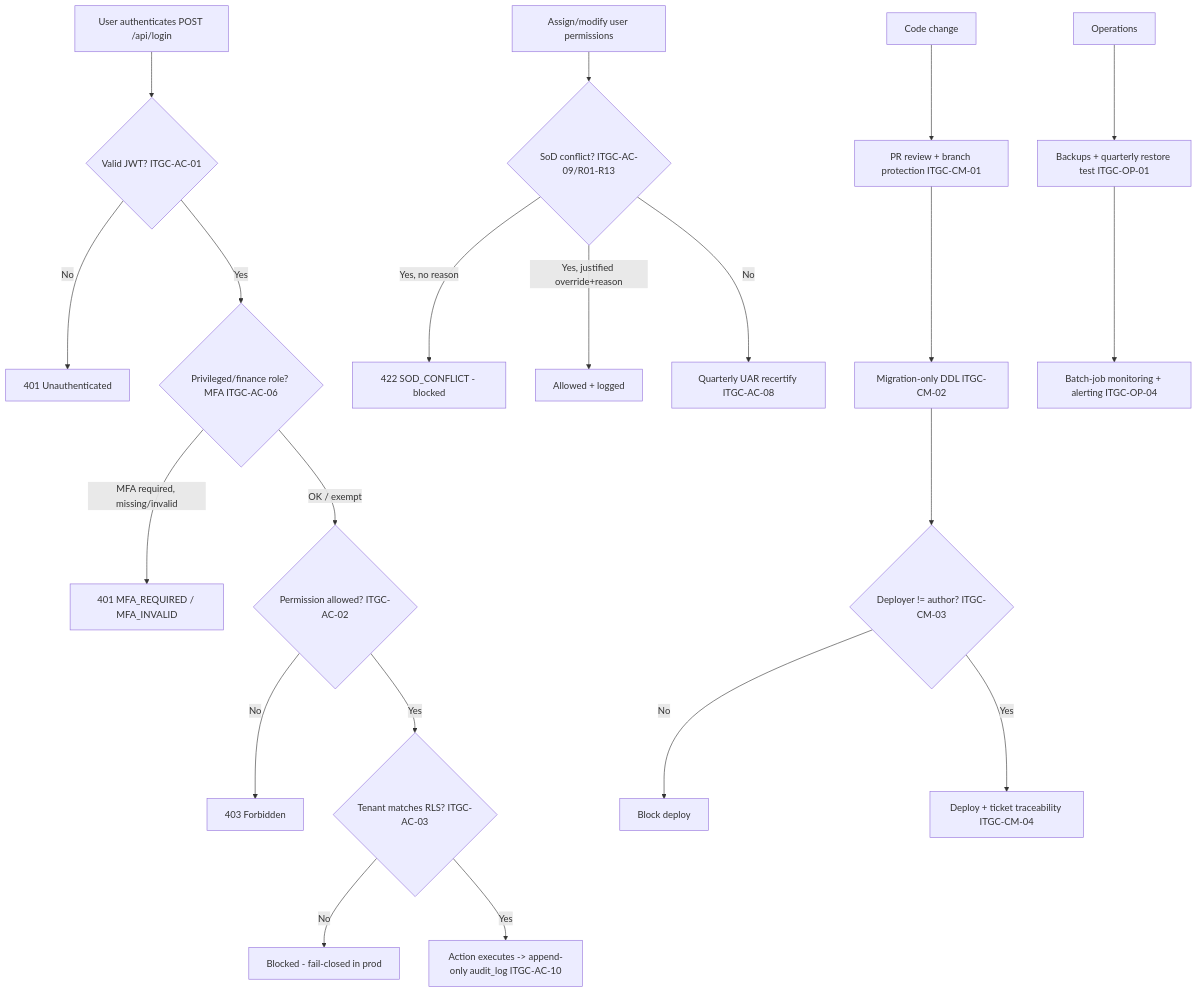
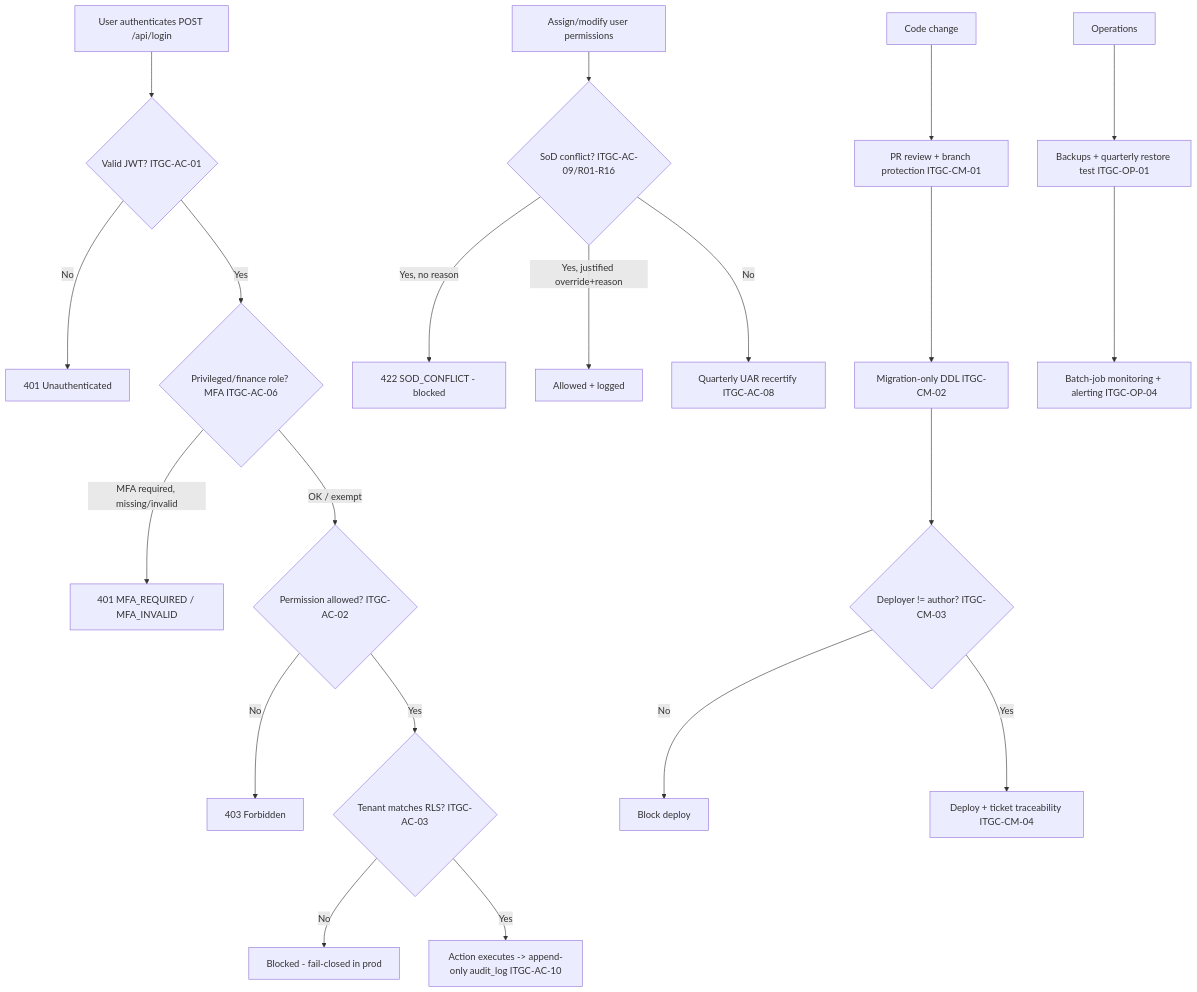
One commit to wayla69/invisibleERP changed the diagram in docs/process-narratives/08-itgc.md. Above: the diagram before and after it, drawn with Mermaid. The commit also changed other lines of this file and 74 other files, not shown here.

````diff
--- a/docs/process-narratives/08-itgc.md
+++ b/docs/process-narratives/08-itgc.md
@@ -101,23 +101,23 @@
 ```mermaid
 flowchart TD
     A[User authenticates POST /api/login] --> B{Valid JWT? ITGC-AC-01}
     B -- "No" --> B1[401 Unauthenticated]
     B -- "Yes" --> C{Privileged/finance role? MFA ITGC-AC-06}
     C -- "MFA required, missing/invalid" --> C1[401 MFA_REQUIRED / MFA_INVALID]
     C -- "OK / exempt" --> D{Permission allowed? ITGC-AC-02}
     D -- "No" --> D1[403 Forbidden]
     D -- "Yes" --> E{Tenant matches RLS? ITGC-AC-03}
     E -- "No" --> E1[Blocked - fail-closed in prod]
     E -- "Yes" --> F[Action executes -> append-only audit_log ITGC-AC-10]
-    G[Assign/modify user permissions] --> H{SoD conflict? ITGC-AC-09/R01-R13}
+    G[Assign/modify user permissions] --> H{SoD conflict? ITGC-AC-09/R01-R16}
     H -- "Yes, no reason" --> H1[422 SOD_CONFLICT - blocked]
     H -- "Yes, justified override+reason" --> H2[Allowed + logged]
     H -- "No" --> I[Quarterly UAR recertify ITGC-AC-08]
     J[Code change] --> K[PR review + branch protection ITGC-CM-01]
     K --> L[Migration-only DDL ITGC-CM-02]
     L --> M{Deployer != author? ITGC-CM-03}
     M -- "No" --> M1[Block deploy]
     M -- "Yes" --> N[Deploy + ticket traceability ITGC-CM-04]
     O[Operations] --> P[Backups + quarterly restore test ITGC-OP-01]
     P --> Q[Batch-job monitoring + alerting ITGC-OP-04]
 ```
````
